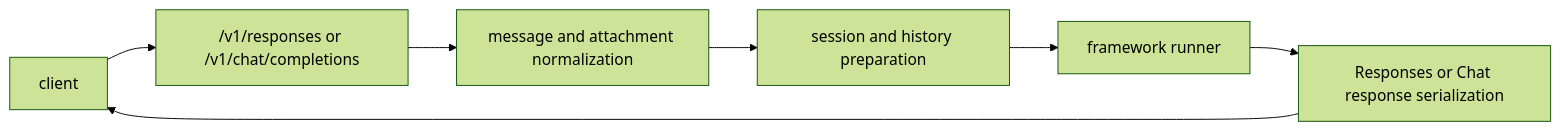
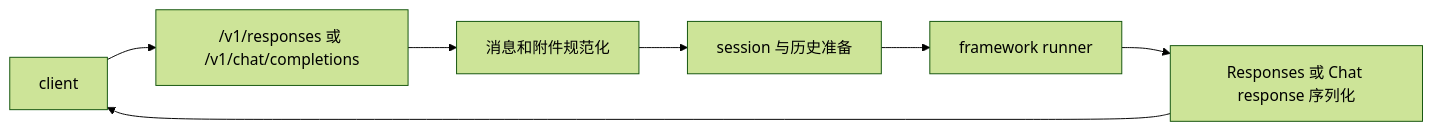
The diagram in public-docs/reference/openai-compatible-api.md (kingsoftcloud/ksadk-python), drawn with Mermaid (forest theme) before and after one commit. The commit also changed other lines of this file and 107 other files, not shown here.

````diff
--- a/public-docs/reference/openai-compatible-api.md
+++ b/public-docs/reference/openai-compatible-api.md
@@ -363,9 +304,9 @@
 ```mermaid
 flowchart LR
-  Client["client"] --> API["/v1/responses or /v1/chat/completions"]
-  API --> Normalize["message and attachment normalization"]
-  Normalize --> Session["session and history preparation"]
+  Client["client"] --> API["/v1/responses 或 /v1/chat/completions"]
+  API --> Normalize["消息和附件规范化"]
+  Normalize --> Session["session 与历史准备"]
   Session --> Runner["framework runner"]
-  Runner --> Serialize["Responses or Chat response serialization"]
+  Runner --> Serialize["Responses 或 Chat response 序列化"]
   Serialize --> Client
 ```
````
